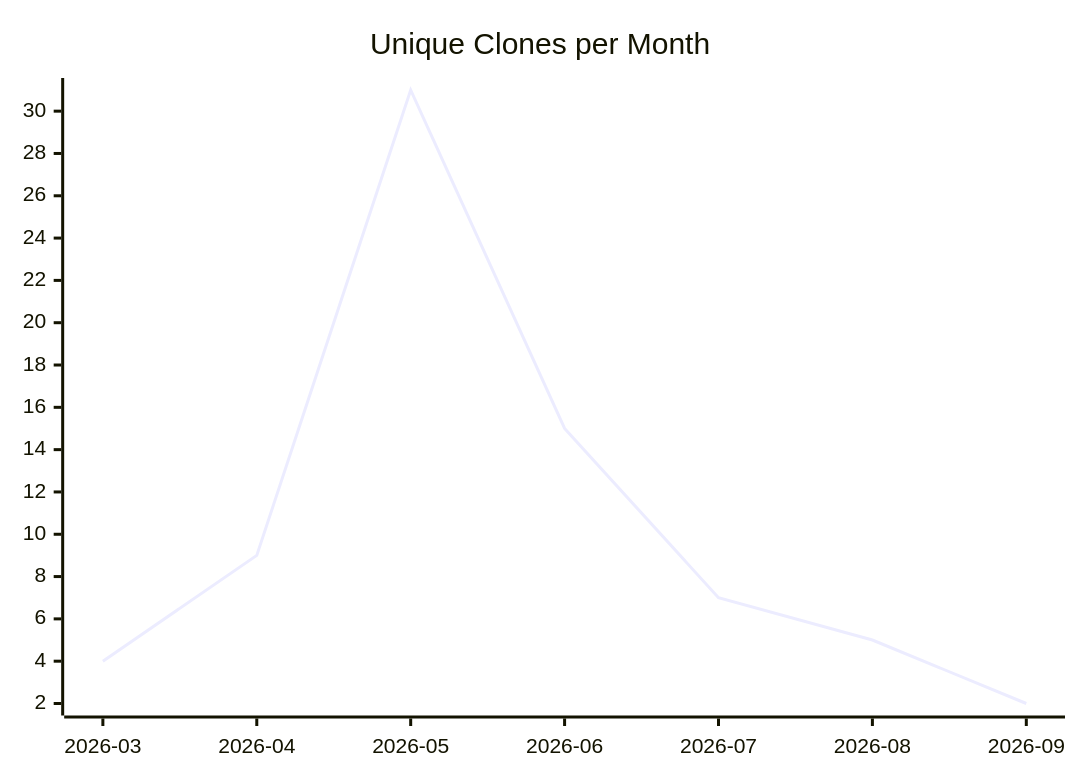
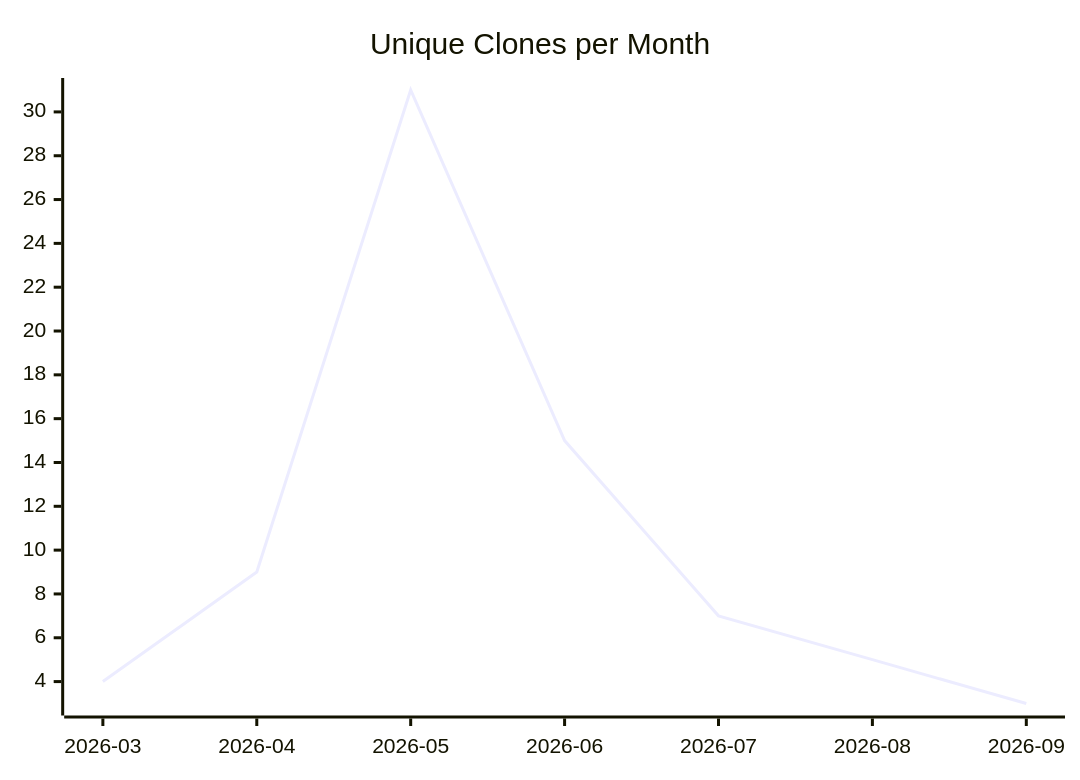
The third of 3 diagrams in karlmdavis/ansible-role-rcm-dotfiles/README.md (justdavis-family/github-analytics-data), drawn with Mermaid before and after one commit. The commit also changed other lines of this file and 191 other files, not shown here.

````diff
--- a/karlmdavis/ansible-role-rcm-dotfiles/README.md
+++ b/karlmdavis/ansible-role-rcm-dotfiles/README.md
@@ -19,6 +19,6 @@
 ```mermaid
 xychart-beta
   title "Unique Clones per Month"
   x-axis ["2026-03", "2026-04", "2026-05", "2026-06", "2026-07", "2026-08", "2026-09"]
-  line [4, 9, 31, 15, 7, 5, 2]
+  line [4, 9, 31, 15, 7, 5, 3]
 ```
````
